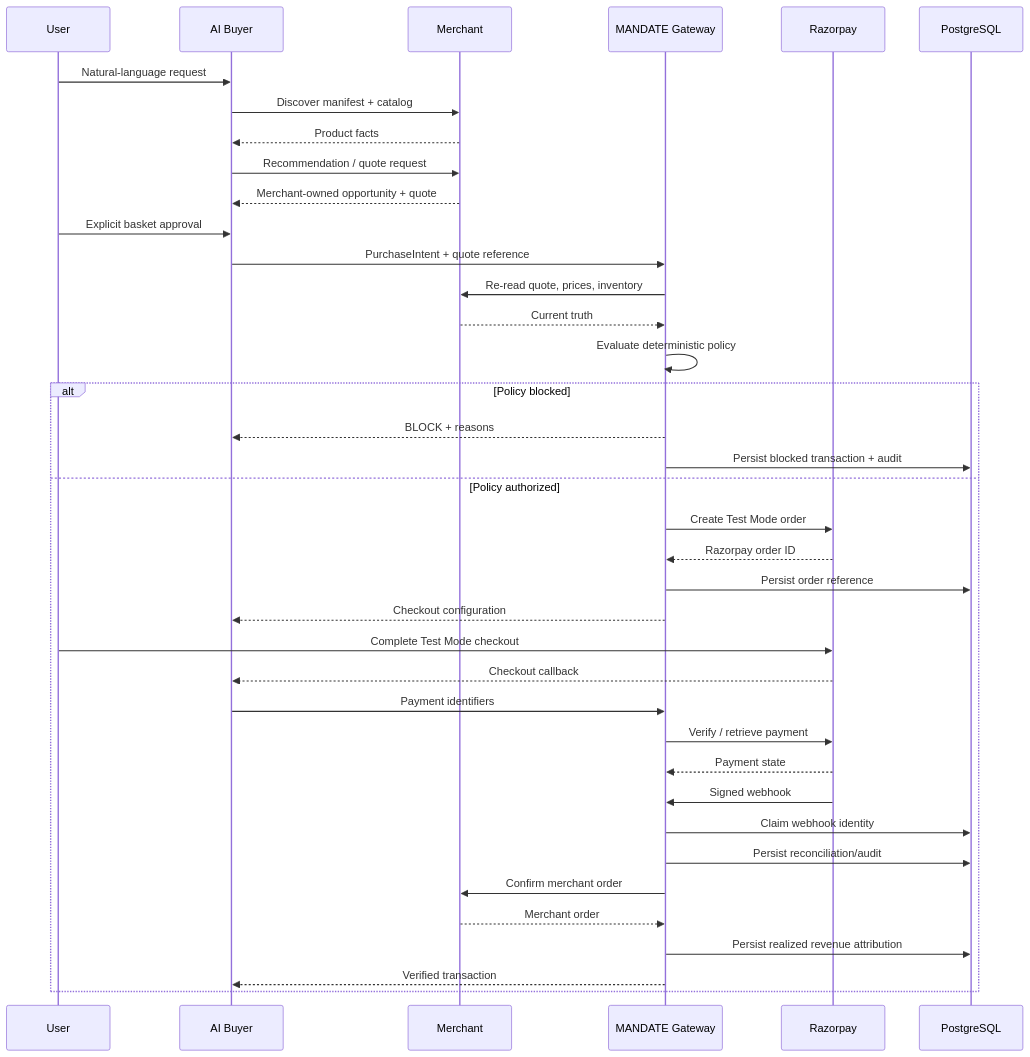
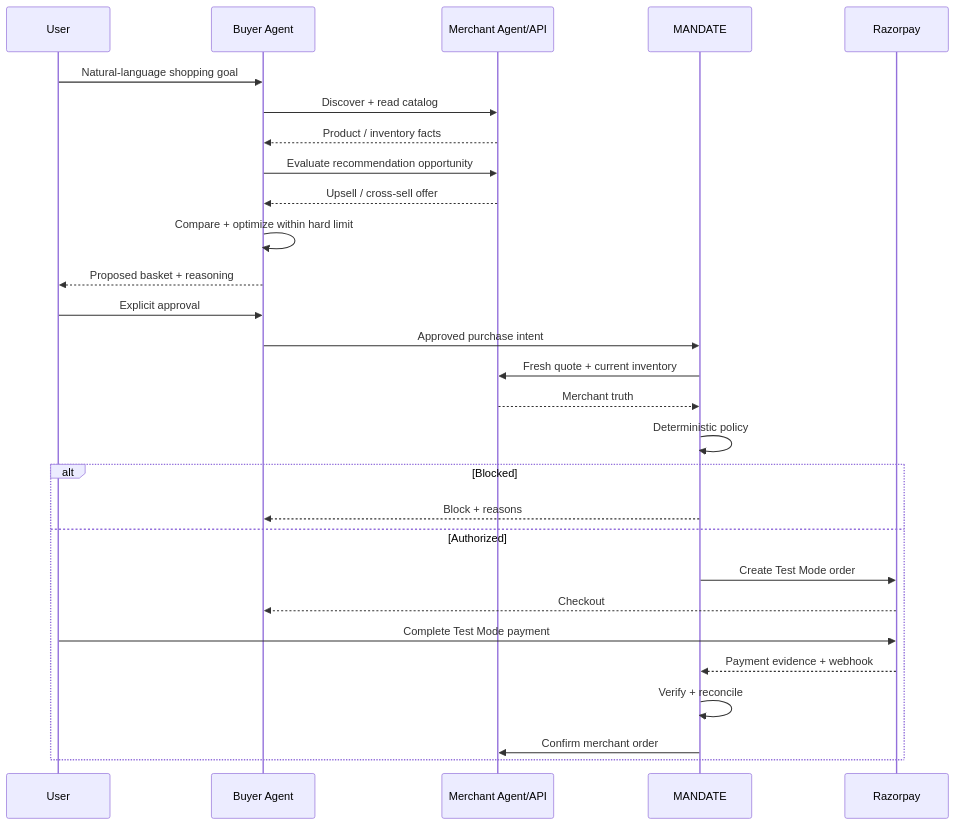
One commit to akashrajeev/AgenticCommerce changed the fourth of 11 diagrams in ARCHITECTURE.md. Above: the diagram before and after it, drawn with Mermaid. The commit also changed other lines of this file, not shown here.

Commit message:
docs: expand architecture with agent, growth, payment and evidence diagrams

````diff
--- a/ARCHITECTURE.md
+++ b/ARCHITECTURE.md
@@ -130,42 +259,31 @@
 ```mermaid
 sequenceDiagram
-    participant User
-    participant Buyer as AI Buyer
-    participant Merchant
-    participant Gateway as MANDATE Gateway
-    participant RP as Razorpay
-    participant DB as PostgreSQL
+    participant U as User
+    participant B as Buyer Agent
+    participant M as Merchant Agent/API
+    participant G as MANDATE
+    participant R as Razorpay
 
-    User->>Buyer: Natural-language request
-    Buyer->>Merchant: Discover manifest + catalog
-    Merchant-->>Buyer: Product facts
-    Buyer->>Merchant: Recommendation / quote request
-    Merchant-->>Buyer: Merchant-owned opportunity + quote
-    User->>Buyer: Explicit basket approval
-    Buyer->>Gateway: PurchaseIntent + quote reference
-    Gateway->>Merchant: Re-read quote, prices, inventory
-    Merchant-->>Gateway: Current truth
-    Gateway->>Gateway: Evaluate deterministic policy
-
-    alt Policy blocked
-        Gateway-->>Buyer: BLOCK + reasons
-        Gateway->>DB: Persist blocked transaction + audit
-    else Policy authorized
-        Gateway->>RP: Create Test Mode order
-        RP-->>Gateway: Razorpay order ID
-        Gateway->>DB: Persist order reference
-        Gateway-->>Buyer: Checkout configuration
-        User->>RP: Complete Test Mode checkout
-        RP-->>Buyer: Checkout callback
-        Buyer->>Gateway: Payment identifiers
-        Gateway->>RP: Verify / retrieve payment
-        RP-->>Gateway: Payment state
-        RP->>Gateway: Signed webhook
-        Gateway->>DB: Claim webhook identity
-        Gateway->>DB: Persist reconciliation/audit
-        Gateway->>Merchant: Confirm merchant order
-        Merchant-->>Gateway: Merchant order
-        Gateway->>DB: Persist realized revenue attribution
-        Gateway-->>Buyer: Verified transaction
+    U->>B: Natural-language shopping goal
+    B->>M: Discover + read catalog
+    M-->>B: Product / inventory facts
+    B->>M: Evaluate recommendation opportunity
+    M-->>B: Upsell / cross-sell offer
+    B->>B: Compare + optimize within hard limit
+    B-->>U: Proposed basket + reasoning
+    U->>B: Explicit approval
+    B->>G: Approved purchase intent
+    G->>M: Fresh quote + current inventory
+    M-->>G: Merchant truth
+    G->>G: Deterministic policy
+    alt Blocked
+        G-->>B: Block + reasons
+    else Authorized
+        G->>R: Create Test Mode order
+        R-->>B: Checkout
+        U->>R: Complete Test Mode payment
+        R-->>G: Payment evidence + webhook
+        G->>G: Verify + reconcile
+        G->>M: Confirm merchant order
     end
 ```
````
